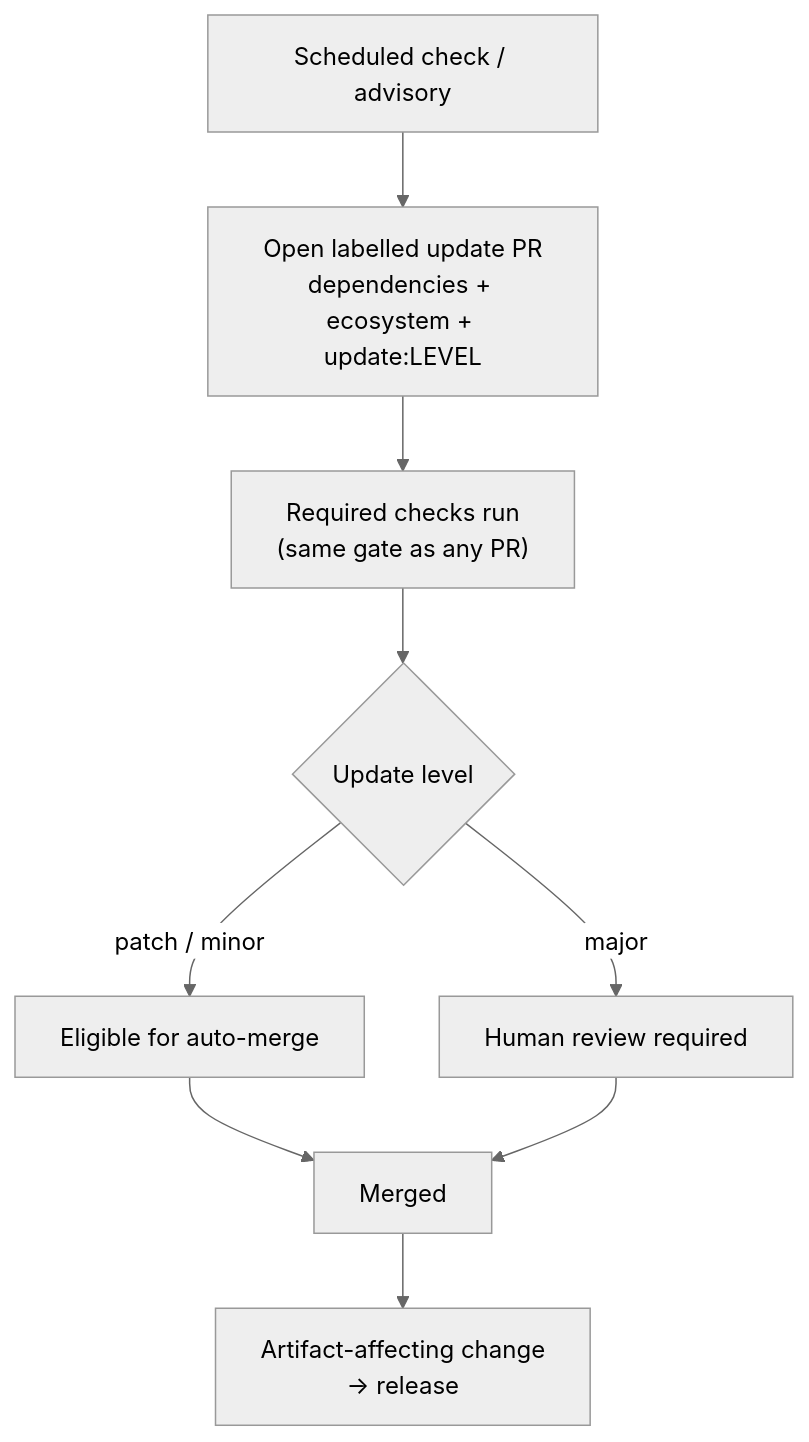
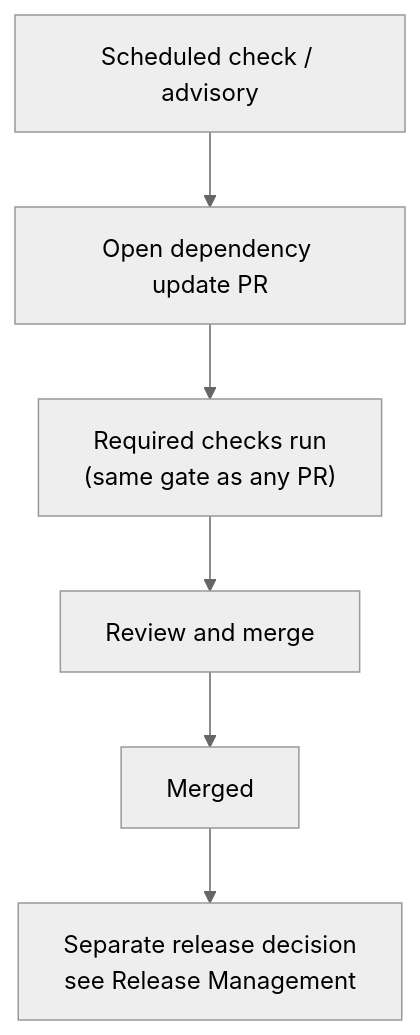
The diagram in src/docs/Capabilities/dependency-updates/design.md (MSXOrg/docs), drawn with Mermaid (neutral theme) before and after one commit. The commit also changed other lines of this file and 13 other files, not shown here.

````diff
--- a/src/docs/Capabilities/dependency-updates/design.md
+++ b/src/docs/Capabilities/dependency-updates/design.md
@@ -76,11 +77,8 @@
 ```mermaid
 flowchart TD
-  check["Scheduled check / advisory"] --> pr["Open labelled update PR<br/>dependencies + ecosystem + update:LEVEL"]
+  check["Scheduled check / advisory"] --> pr["Open dependency update PR"]
   pr --> ci["Required checks run<br/>(same gate as any PR)"]
-  ci --> route{"Update level"}
-  route -->|"patch / minor"| auto["Eligible for auto-merge"]
-  route -->|"major"| review["Human review required"]
-  auto --> merged["Merged"]
-  review --> merged
-  merged --> release["Artifact-affecting change<br/>→ release"]
+  ci --> review["Review and merge"]
+  review --> merged["Merged"]
+  merged --> release["Separate release decision<br/>see Release Management"]
 ```
````
